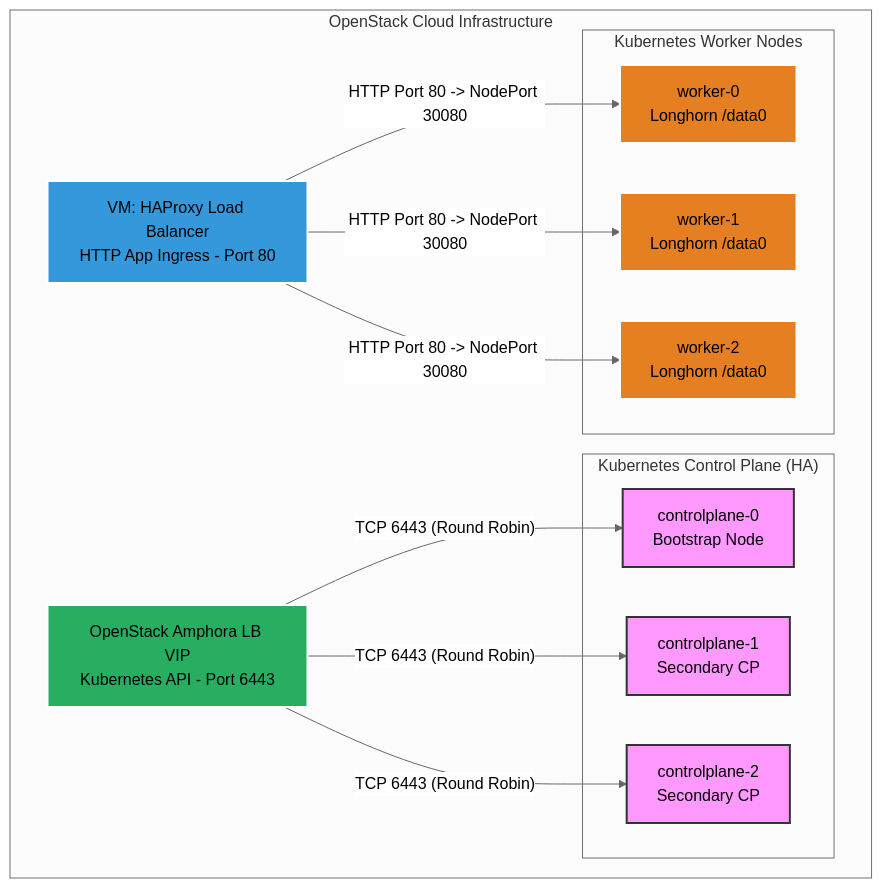
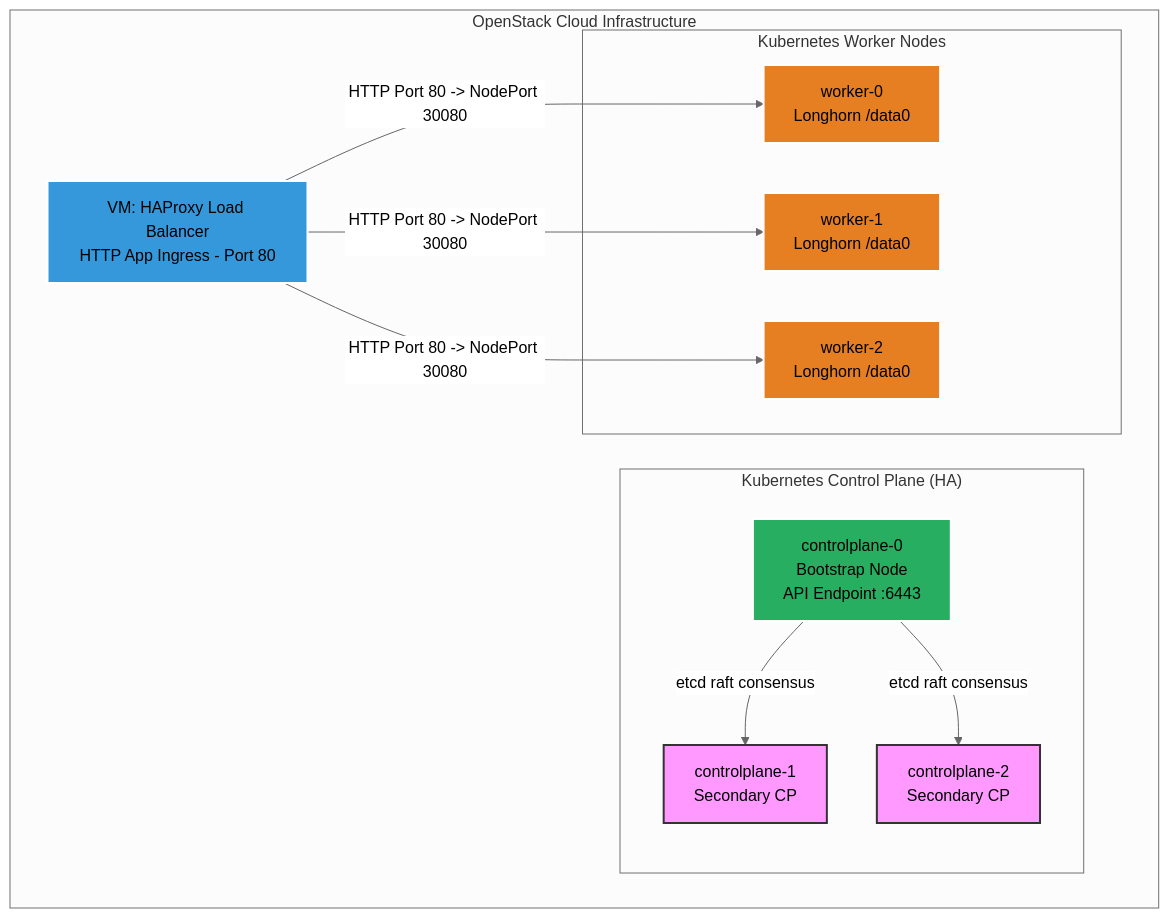
One commit to KashDev00/k8s-workshop changed the diagram in docs/manual-setup/README.md. Above: the diagram before and after it, drawn with Mermaid (neutral theme). The commit also changed other lines of this file and 8 other files, not shown here.

````diff
--- a/docs/manual-setup/README.md
+++ b/docs/manual-setup/README.md
@@ -17,31 +17,29 @@
 ```mermaid
 graph TD
     subgraph "OpenStack Cloud Infrastructure"
-        VIP[OpenStack Amphora LB VIP<br/>Kubernetes API - Port 6443]
         HAPROXY[VM: HAProxy Load Balancer<br/>HTTP App Ingress - Port 80]
         
         subgraph "Kubernetes Control Plane (HA)"
-            CP0[controlplane-0<br/>Bootstrap Node]
+            CP0[controlplane-0<br/>Bootstrap Node<br/>API Endpoint :6443]
             CP1[controlplane-1<br/>Secondary CP]
             CP2[controlplane-2<br/>Secondary CP]
         end
         
         subgraph "Kubernetes Worker Nodes"
             W0[worker-0<br/>Longhorn /data0]
             W1[worker-1<br/>Longhorn /data0]
             W2[worker-2<br/>Longhorn /data0]
         end
     end
 
-    VIP -- "TCP 6443 (Round Robin)" --> CP0 & CP1 & CP2
+    CP0 -- "etcd raft consensus" --> CP1 & CP2
     HAPROXY -- "HTTP Port 80 -> NodePort 30080" --> W0 & W1 & W2
 
-    style VIP fill:#27ae60,stroke:#fff,stroke-width:2px
+    style CP0 fill:#27ae60,stroke:#fff,stroke-width:2px
     style HAPROXY fill:#3498db,stroke:#fff,stroke-width:2px
-    style CP0 fill:#f9f,stroke:#333,stroke-width:2px
     style CP1 fill:#f9f,stroke:#333,stroke-width:2px
     style CP2 fill:#f9f,stroke:#333,stroke-width:2px
     style W0 fill:#e67e22,stroke:#fff,stroke-width:2px
     style W1 fill:#e67e22,stroke:#fff,stroke-width:2px
     style W2 fill:#e67e22,stroke:#fff,stroke-width:2px
 ```
````
